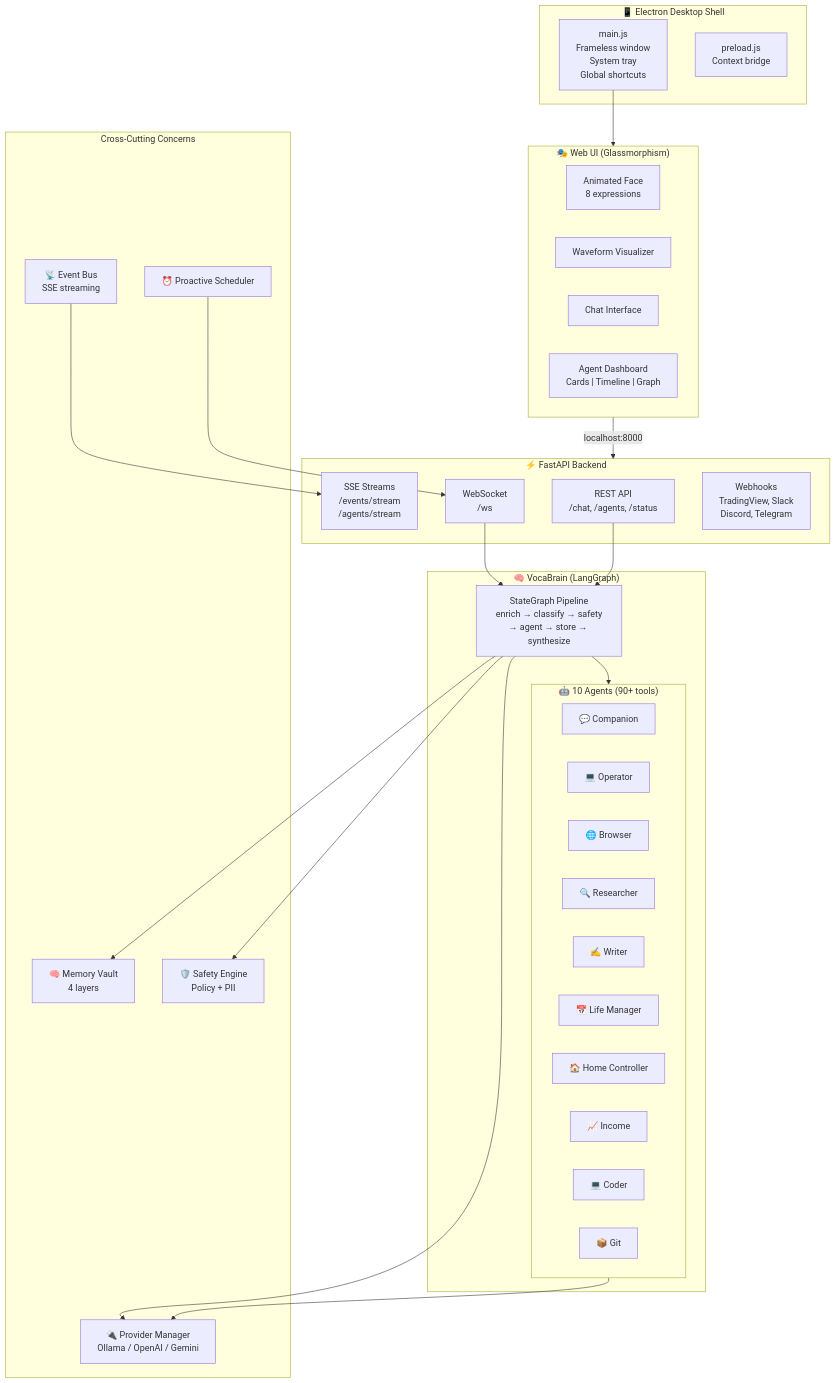
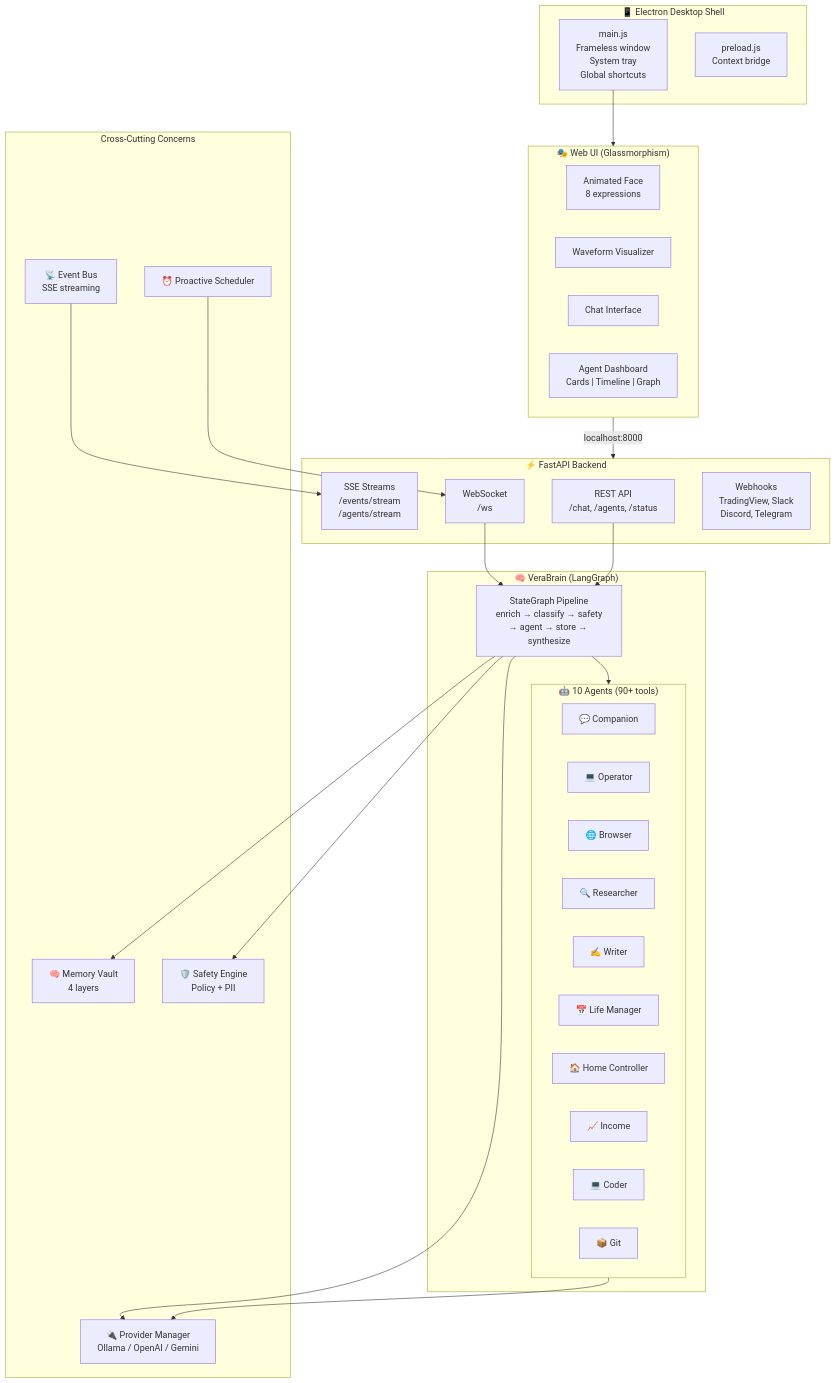
The first of 7 diagrams in docs/diagrams.md (embeddedos-org/eVera), drawn with Mermaid before and after one commit. The commit also changed other lines of this file and 238 other files, not shown here.

````diff
--- a/docs/diagrams.md
+++ b/docs/diagrams.md
@@ -11,58 +11,58 @@
 ```mermaid
 graph TB
     subgraph Electron["📱 Electron Desktop Shell"]
         EMain["main.js<br/>Frameless window<br/>System tray<br/>Global shortcuts"]
         Preload["preload.js<br/>Context bridge"]
     end
 
     subgraph WebUI["🎭 Web UI (Glassmorphism)"]
         Face["Animated Face<br/>8 expressions"]
         Wave["Waveform Visualizer"]
         Chat["Chat Interface"]
         AgentDash["Agent Dashboard<br/>Cards | Timeline | Graph"]
     end
 
     subgraph Backend["⚡ FastAPI Backend"]
         REST["REST API<br/>/chat, /agents, /status"]
         WS["WebSocket<br/>/ws"]
         SSE["SSE Streams<br/>/events/stream<br/>/agents/stream"]
         Webhooks["Webhooks<br/>TradingView, Slack<br/>Discord, Telegram"]
     end
 
-    subgraph Brain["🧠 VocaBrain (LangGraph)"]
+    subgraph Brain["🧠 VeraBrain (LangGraph)"]
         Pipeline["StateGraph Pipeline<br/>enrich → classify → safety<br/>→ agent → store → synthesize"]
 
         subgraph Agents["🤖 10 Agents (90+ tools)"]
             Companion["💬 Companion"]
             Operator["💻 Operator"]
             Browser["🌐 Browser"]
             Researcher["🔍 Researcher"]
             Writer["✍️ Writer"]
             LifeMgr["📅 Life Manager"]
             HomeCtr["🏠 Home Controller"]
             Income["📈 Income"]
             Coder["💻 Coder"]
             Git["📦 Git"]
         end
     end
 
     subgraph CrossCutting["Cross-Cutting Concerns"]
         Memory["🧠 Memory Vault<br/>4 layers"]
         Safety["🛡️ Safety Engine<br/>Policy + PII"]
         Providers["🔌 Provider Manager<br/>Ollama / OpenAI / Gemini"]
         EventBus["📡 Event Bus<br/>SSE streaming"]
         Scheduler["⏰ Proactive Scheduler"]
     end
 
     EMain --> WebUI
     WebUI -->|localhost:8000| Backend
     REST --> Pipeline
     WS --> Pipeline
     Pipeline --> Agents
     Pipeline --> Memory
     Pipeline --> Safety
     Pipeline --> Providers
     Agents --> Providers
     EventBus --> SSE
     Scheduler --> WS
 ```
````
